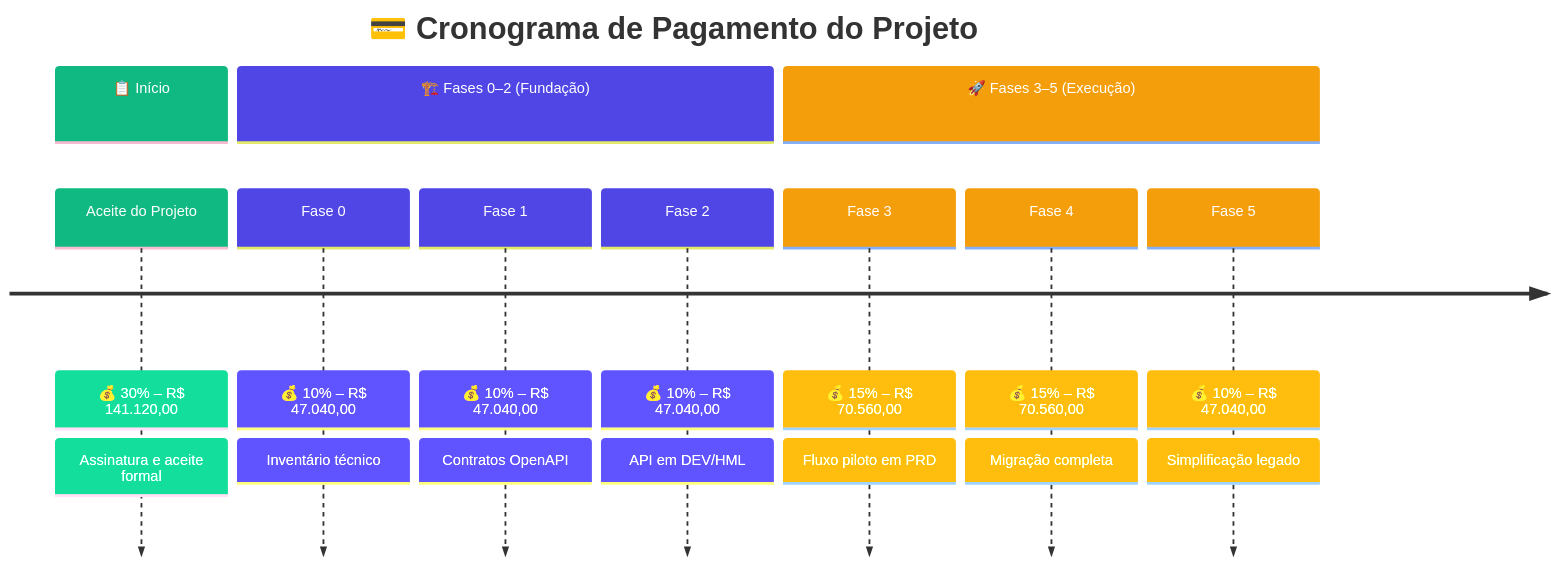
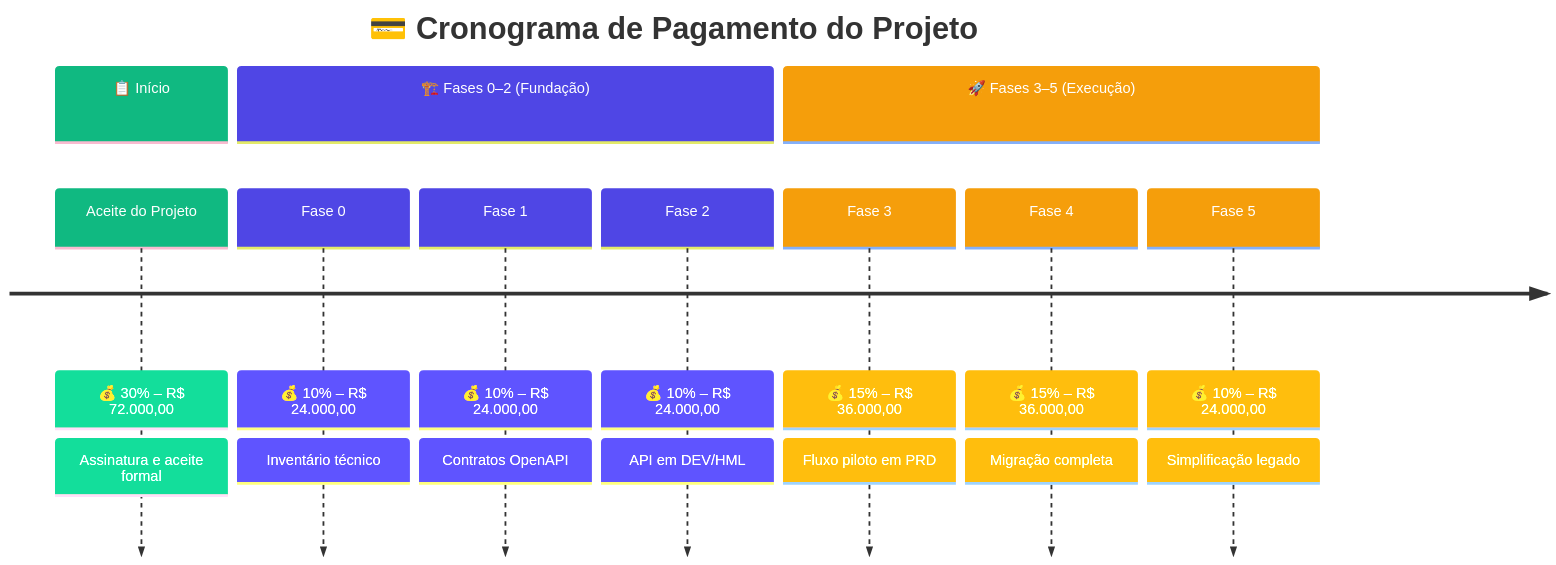
Diagram 16 of 17 in docs/planoProjetoModernizacao.md (Evilazaro/Azure-LogicApps-Monitoring), drawn with Mermaid before and after one commit. The commit also changed other lines of this file, not shown here.

````diff
--- a/docs/planoProjetoModernizacao.md
+++ b/docs/planoProjetoModernizacao.md
@@ -2628,19 +2628,19 @@
 ```mermaid
 %%{init: { 'theme': 'base', 'themeVariables': {
     'cScale0': '#10B981', 'cScaleLabel0': '#ffffff',
     'cScale1': '#4F46E5', 'cScaleLabel1': '#ffffff',
     'cScale2': '#F59E0B', 'cScaleLabel2': '#ffffff'
 } } }%%
 timeline
     title 💳 Cronograma de Pagamento do Projeto
     section 📋 Início
-        Aceite do Projeto : 💰 30% – R$ 141.120,00 : Assinatura e aceite formal
+        Aceite do Projeto : 💰 30% – R$ 72.000,00 : Assinatura e aceite formal
     section 🏗️ Fases 0–2 (Fundação)
-        Fase 0 : 💰 10% – R$ 47.040,00 : Inventário técnico
-        Fase 1 : 💰 10% – R$ 47.040,00 : Contratos OpenAPI
-        Fase 2 : 💰 10% – R$ 47.040,00 : API em DEV/HML
+        Fase 0 : 💰 10% – R$ 24.000,00 : Inventário técnico
+        Fase 1 : 💰 10% – R$ 24.000,00 : Contratos OpenAPI
+        Fase 2 : 💰 10% – R$ 24.000,00 : API em DEV/HML
     section 🚀 Fases 3–5 (Execução)
-        Fase 3 : 💰 15% – R$ 70.560,00 : Fluxo piloto em PRD
-        Fase 4 : 💰 15% – R$ 70.560,00 : Migração completa
-        Fase 5 : 💰 10% – R$ 47.040,00 : Simplificação legado
+        Fase 3 : 💰 15% – R$ 36.000,00 : Fluxo piloto em PRD
+        Fase 4 : 💰 15% – R$ 36.000,00 : Migração completa
+        Fase 5 : 💰 10% – R$ 24.000,00 : Simplificação legado
 ```
````
